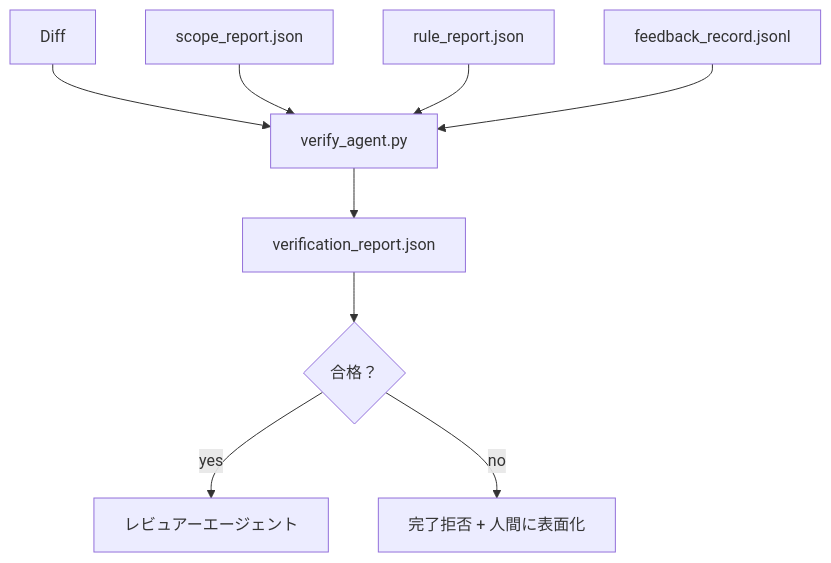
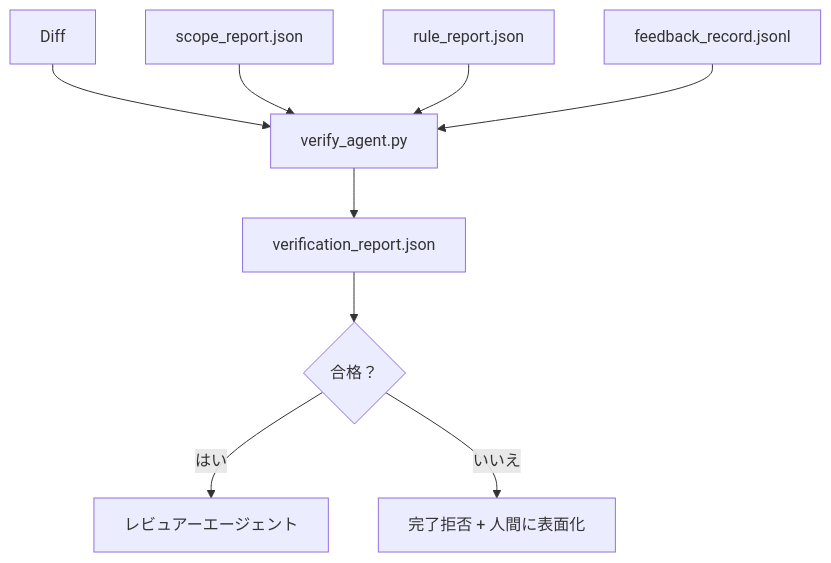
One commit to shoshoshomen/synapse-academy changed the diagram in content/phases/14-agent-engineering/38-verification-gates/lesson.ja.md. Above: the diagram before and after it, drawn with Mermaid. The commit also changed 124 other files, not shown here.

First line of the commit message:
feat(i18n): mermaid図のラベルを日本語化(194レッスン/374図)

````diff
--- a/content/phases/14-agent-engineering/38-verification-gates/lesson.ja.md
+++ b/content/phases/14-agent-engineering/38-verification-gates/lesson.ja.md
@@ -25,11 +25,11 @@
 ```mermaid
 flowchart TD
-  Diff[Diff] --> Gate[verify_agent.py]
-  Scope[scope_report.json] --> Gate
-  Rules[rule_report.json] --> Gate
-  Feedback[feedback_record.jsonl] --> Gate
-  Gate --> Verdict[verification_report.json]
-  Verdict --> Pass{合格？}
-  Pass -- yes --> Review[レビュアーエージェント]
-  Pass -- no --> Refuse[完了拒否 + 人間に表面化]
+  Diff["Diff"] --> Gate["verify_agent.py"]
+  Scope["scope_report.json"] --> Gate
+  Rules["rule_report.json"] --> Gate
+  Feedback["feedback_record.jsonl"] --> Gate
+  Gate --> Verdict["verification_report.json"]
+  Verdict --> Pass{"合格？"}
+  Pass -- "はい" --> Review["レビュアーエージェント"]
+  Pass -- "いいえ" --> Refuse["完了拒否 + 人間に表面化"]
 ```
````
